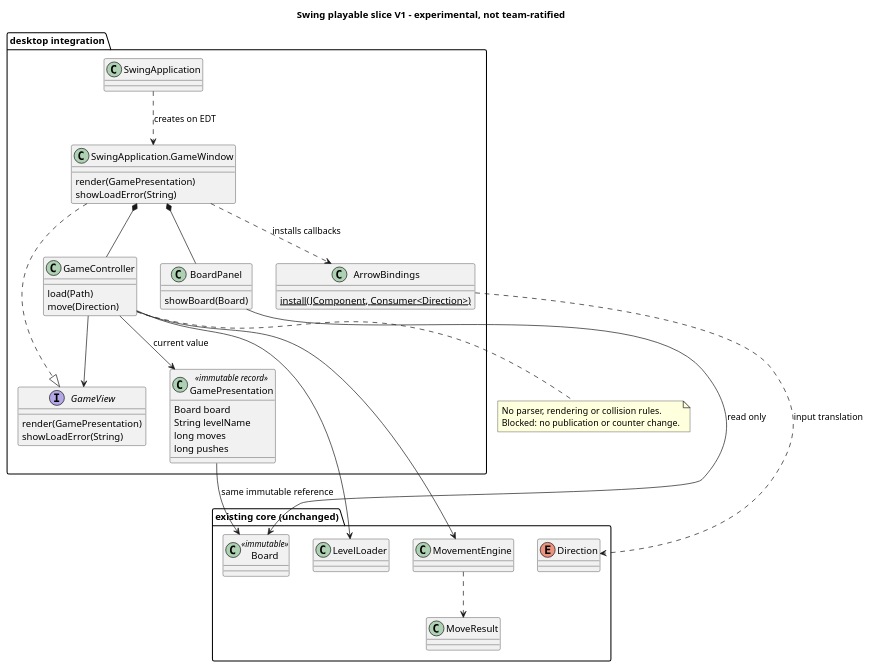
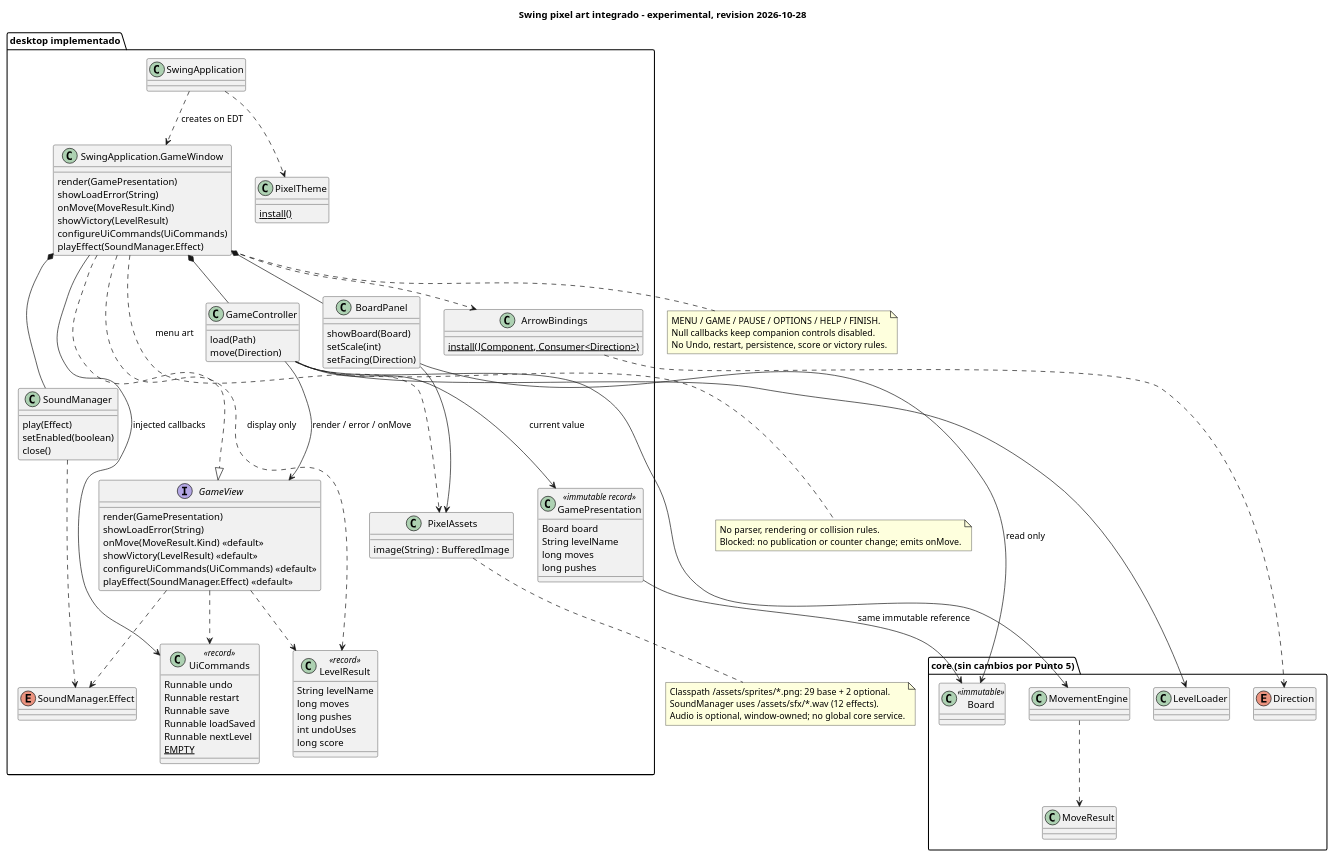
One commit to smatrauade/Los-Force-Push changed the diagram in docs/architecture/uml/swing-playable-spike-v1.puml. Above: the diagram before and after it, drawn with PlantUML. The commit also changed 22 other files, not shown here.

```diff
--- a/docs/architecture/uml/swing-playable-spike-v1.puml
+++ b/docs/architecture/uml/swing-playable-spike-v1.puml
@@ -1,54 +1,111 @@
 @startuml
-title Swing playable slice V1 - experimental, not team-ratified
-package "existing core (unchanged)" {
+title Swing pixel art integrado - experimental, revision 2026-10-28
+package "core (sin cambios por Punto 5)" {
   class Board <<immutable>>
   class LevelLoader
   class MovementEngine
   enum Direction
   class MoveResult
 }
-package "desktop integration" {
+package "desktop implementado" {
   class SwingApplication
   class "SwingApplication.GameWindow" as GameWindow {
     render(GamePresentation)
     showLoadError(String)
+    onMove(MoveResult.Kind)
+    showVictory(LevelResult)
+    configureUiCommands(UiCommands)
+    playEffect(SoundManager.Effect)
   }
   interface GameView {
     render(GamePresentation)
     showLoadError(String)
+    onMove(MoveResult.Kind) <<default>>
+    showVictory(LevelResult) <<default>>
+    configureUiCommands(UiCommands) <<default>>
+    playEffect(SoundManager.Effect) <<default>>
   }
   class GameController {
     load(Path)
     move(Direction)
   }
   class GamePresentation <<immutable record>> {
     Board board
     String levelName
     long moves
     long pushes
   }
   class BoardPanel {
     showBoard(Board)
+    setScale(int)
+    setFacing(Direction)
   }
   class ArrowBindings {
     {static} install(JComponent, Consumer<Direction>)
   }
+  class PixelAssets {
+    image(String) : BufferedImage
+  }
+  class PixelTheme {
+    {static} install()
+  }
+  class SoundManager {
+    play(Effect)
+    setEnabled(boolean)
+    close()
+  }
+  enum "SoundManager.Effect" as Effect
+  class UiCommands <<record>> {
+    Runnable undo
+    Runnable restart
+    Runnable save
+    Runnable loadSaved
+    Runnable nextLevel
+    {static} EMPTY
+  }
+  class LevelResult <<record>> {
+    String levelName
+    long moves
+    long pushes
+    int undoUses
+    long score
+  }
 }
 SwingApplication ..> GameWindow : creates on EDT
+SwingApplication ..> PixelTheme
 GameWindow ..|> GameView
 GameWindow *-- BoardPanel
 GameWindow *-- GameController
-GameWindow ..> ArrowBindings : installs callbacks
-ArrowBindings ..> Direction : input translation
-GameController --> GameView
+GameWindow *-- SoundManager
+GameWindow --> UiCommands : injected callbacks
+GameWindow ..> LevelResult : display only
+GameWindow ..> ArrowBindings
+GameWindow ..> PixelAssets : menu art
+ArrowBindings ..> Direction
+GameController --> GameView : render / error / onMove
 GameController --> LevelLoader
 GameController --> MovementEngine
 GameController --> GamePresentation : current value
 GamePresentation --> Board : same immutable reference
 BoardPanel --> Board : read only
+BoardPanel --> PixelAssets
+SoundManager ..> Effect
+GameView ..> UiCommands
+GameView ..> LevelResult
+GameView ..> Effect
 MovementEngine ..> MoveResult
+note bottom of GameWindow
+MENU / GAME / PAUSE / OPTIONS / HELP / FINISH.
+Null callbacks keep companion controls disabled.
+No Undo, restart, persistence, score or victory rules.
+end note
+note bottom of PixelAssets
+Classpath /assets/sprites/*.png: 29 base + 2 optional.
+SoundManager uses /assets/sfx/*.wav (12 effects).
+Audio is optional, window-owned; no global core service.
+end note
 note bottom of GameController
 No parser, rendering or collision rules.
-Blocked: no publication or counter change.
+Blocked: no publication or counter change; emits onMove.
 end note
 @enduml
```
